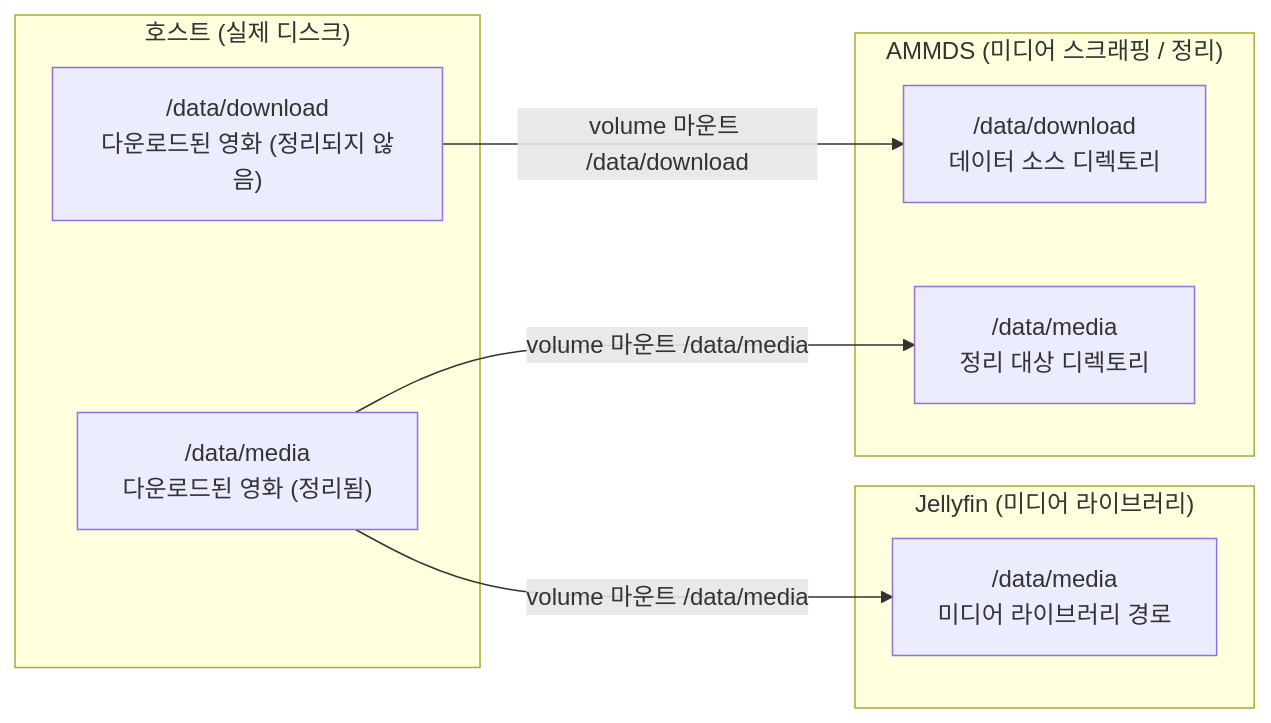
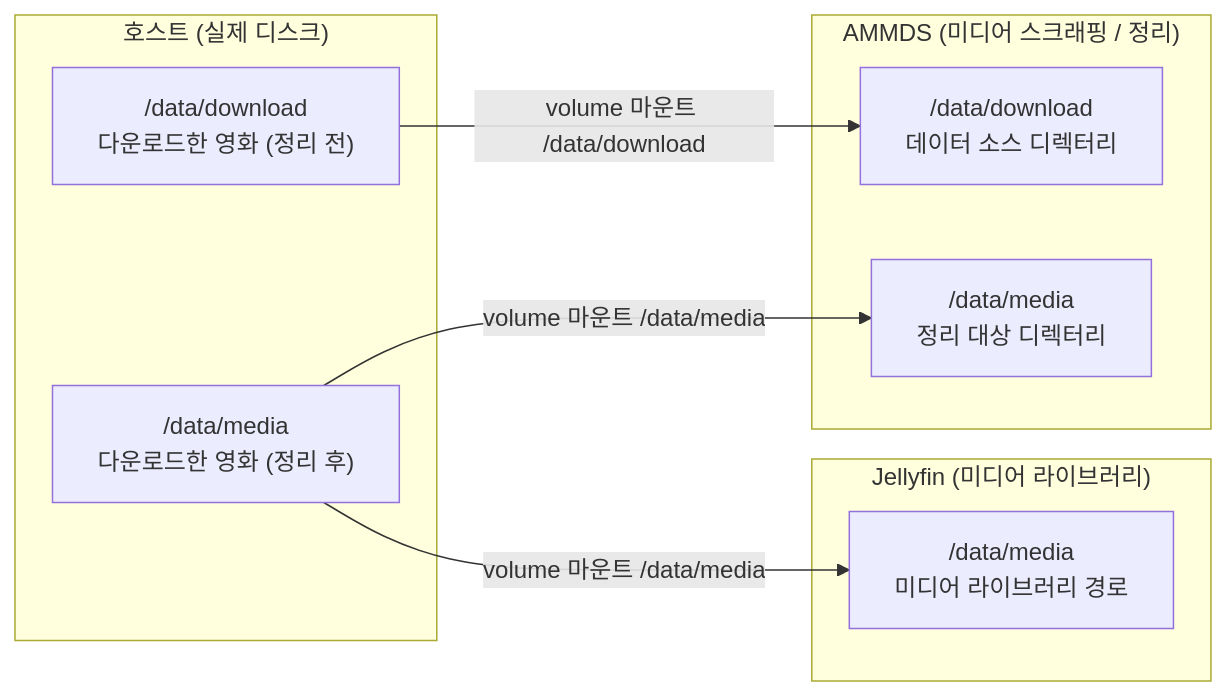
One commit to QYG2297248353/AMMDS-DOC changed the second of 5 diagrams in i18n/ko/docusaurus-plugin-content-docs/current/usage/Mount.md. Above: the diagram before and after it, drawn with Mermaid. The commit also changed other lines of this file and 148 other files, not shown here.

````diff
--- a/i18n/ko/docusaurus-plugin-content-docs/current/usage/Mount.md
+++ b/i18n/ko/docusaurus-plugin-content-docs/current/usage/Mount.md
@@ -74,33 +76,32 @@
 ```mermaid
 flowchart LR
     %% =========================
-    %% 호스트 (사실만 유지)
+    %% 호스트 (실제 디스크)
     %% =========================
     subgraph HOST["호스트 (실제 디스크)"]
-        D1["/data/download<br/>다운로드된 영화 (정리되지 않음)"]
-        D2["/data/media<br/>다운로드된 영화 (정리됨)"]
+        D1["/data/download<br/>다운로드한 영화 (정리 전)"]
+        D2["/data/media<br/>다운로드한 영화 (정리 후)"]
     end
 
     %% =========================
     %% AMMDS
     %% =========================
     subgraph AMMDS["AMMDS (미디어 스크래핑 / 정리)"]
-        A1["/data/download<br/>데이터 소스 디렉토리"]
-        A2["/data/media<br/>정리 대상 디렉토리"]
+        A1["/data/download<br/>데이터 소스 디렉터리"]
+        A2["/data/media<br/>정리 대상 디렉터리"]
     end
 
     %% =========================
     %% Jellyfin
     %% =========================
     subgraph JELLYFIN["Jellyfin (미디어 라이브러리)"]
         J["/data/media<br/>미디어 라이브러리 경로"]
     end
 
     %% =========================
-    %% 마운트 관계 (필요한 것만)
+    %% 마운트 관계
     %% =========================
     D1 -->|"volume 마운트 /data/download"| A1
     D2 -->|"volume 마운트 /data/media"| A2
     D2 -->|"volume 마운트 /data/media"| J
-
 ```
````
